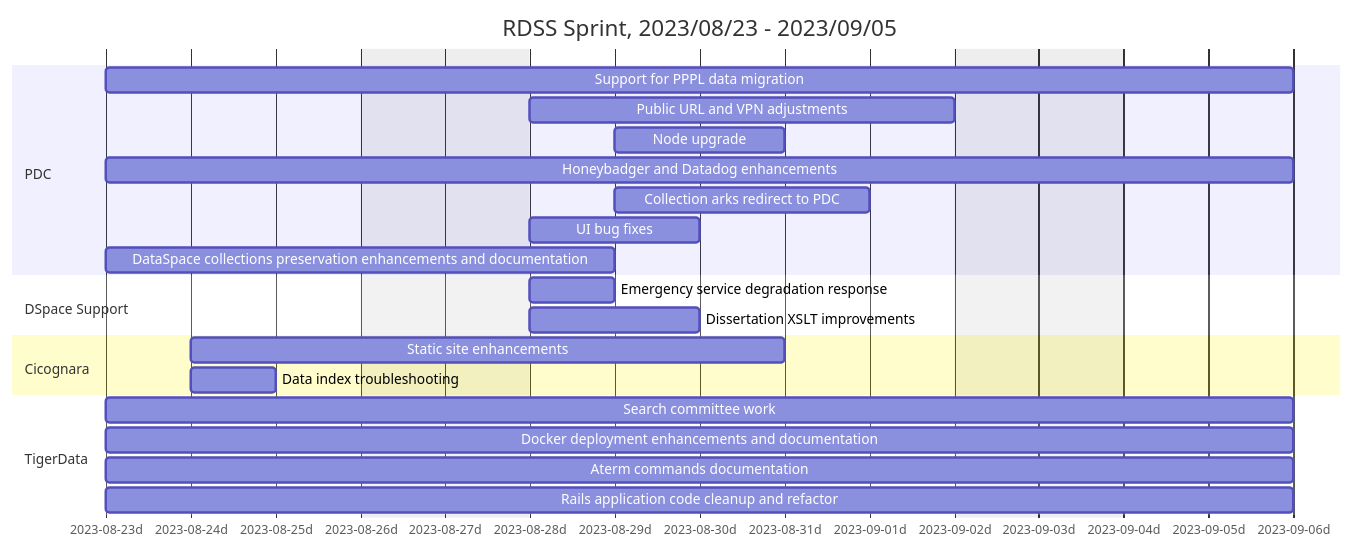
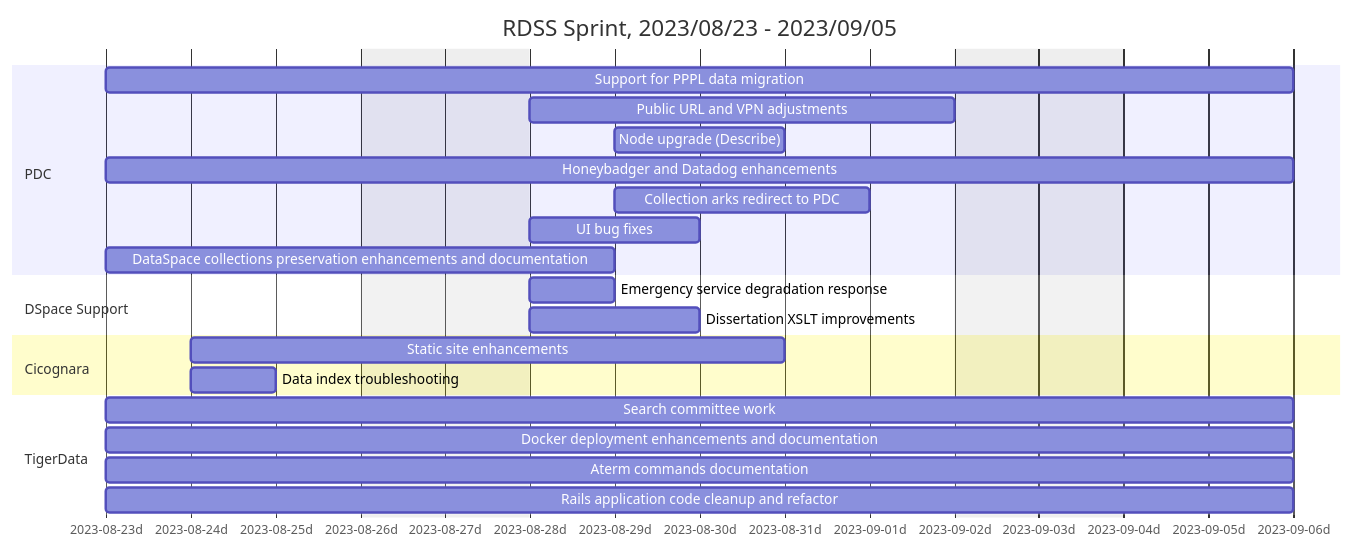
Before and after one commit to pulibrary/rdss-handbook: the third of 30 diagrams in roadmap.md, drawn with Mermaid. The commit also changed other lines of this file, not shown here.

````diff
--- a/roadmap.md
+++ b/roadmap.md
@@ -32,26 +62,26 @@
 ```mermaid
 gantt
     title RDSS Sprint, 2023/08/23 - 2023/09/05
     axisFormat  %Y-%m-%dd
     dateformat YYYY-MM-DD
     excludes weekends
     section PDC
     Support for PPPL data migration: pdc1, 2023-08-23, 10d
     Public URL and VPN adjustments: pdc2, 2023-08-28, 5d
-    Node upgrade: pdc3, 2023-08-29, 2d
+    Node upgrade (Describe): pdc3, 2023-08-29, 2d
     Honeybadger and Datadog enhancements: pdc4, 2023-08-23, 10d
     Collection arks redirect to PDC: pdc5, 2023-08-29, 3d
     UI bug fixes: pdc6, 2023-08-28, 2d
     DataSpace collections preservation enhancements and documentation: pdc7, 2023-08-23, 4d
     section DSpace Support
     Emergency service degradation response: 2023-08-28, 1d
     Dissertation XSLT improvements: 2023-08-28, 2d
     section Cicognara
     Static site enhancements: 2023-08-24, 5d
     Data index troubleshooting: 2023-08-24, 1d
     section TigerData
     Search committee work: td1, 2023-08-23, 10d
     Docker deployment enhancements and documentation: td2, 2023-08-23, 10d
     Aterm commands documentation: td3, 2023-08-23, 10d
     Rails application code cleanup and refactor: td4, 2023-08-23, 10d   
 ```
````
